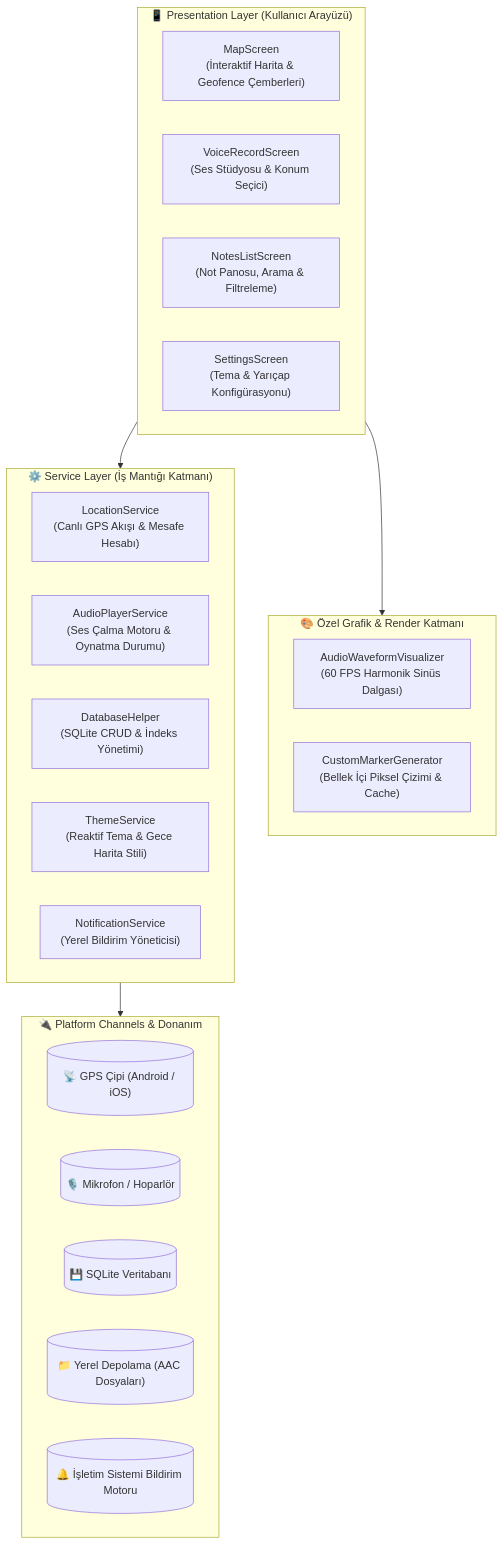
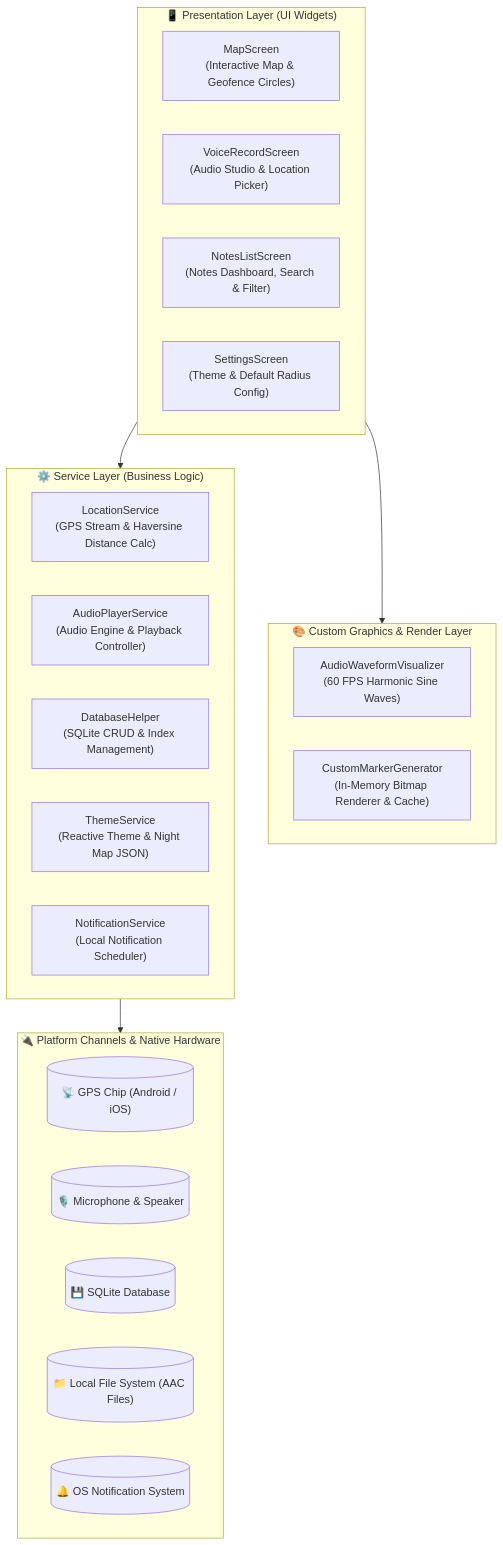
Before and after one commit to emirergn12/VoicePin: the diagram in README.md, drawn with Mermaid. The commit also changed other lines of this file and 1 other file, not shown here.

````diff
--- a/README.md
+++ b/README.md
@@ -63,34 +69,34 @@
 ```mermaid
 flowchart TD
-    subgraph UI ["📱 Presentation Layer (Kullanıcı Arayüzü)"]
-        MapScreen["MapScreen<br/>(İnteraktif Harita & Geofence Çemberleri)"]
-        VoiceRecordScreen["VoiceRecordScreen<br/>(Ses Stüdyosu & Konum Seçici)"]
-        NotesListScreen["NotesListScreen<br/>(Not Panosu, Arama & Filtreleme)"]
-        SettingsScreen["SettingsScreen<br/>(Tema & Yarıçap Konfigürasyonu)"]
+    subgraph UI ["📱 Presentation Layer (UI Widgets)"]
+        MapScreen["MapScreen<br/>(Interactive Map & Geofence Circles)"]
+        VoiceRecordScreen["VoiceRecordScreen<br/>(Audio Studio & Location Picker)"]
+        NotesListScreen["NotesListScreen<br/>(Notes Dashboard, Search & Filter)"]
+        SettingsScreen["SettingsScreen<br/>(Theme & Default Radius Config)"]
     end
 
-    subgraph CustomRender ["🎨 Özel Grafik & Render Katmanı"]
-        Waveform["AudioWaveformVisualizer<br/>(60 FPS Harmonik Sinüs Dalgası)"]
-        CanvasMarker["CustomMarkerGenerator<br/>(Bellek İçi Piksel Çizimi & Cache)"]
+    subgraph CustomRender ["🎨 Custom Graphics & Render Layer"]
+        Waveform["AudioWaveformVisualizer<br/>(60 FPS Harmonic Sine Waves)"]
+        CanvasMarker["CustomMarkerGenerator<br/>(In-Memory Bitmap Renderer & Cache)"]
     end
 
-    subgraph Services ["⚙️ Service Layer (İş Mantığı Katmanı)"]
-        LocationService["LocationService<br/>(Canlı GPS Akışı & Mesafe Hesabı)"]
-        AudioPlayerService["AudioPlayerService<br/>(Ses Çalma Motoru & Oynatma Durumu)"]
-        DatabaseHelper["DatabaseHelper<br/>(SQLite CRUD & İndeks Yönetimi)"]
-        ThemeService["ThemeService<br/>(Reaktif Tema & Gece Harita Stili)"]
-        NotificationService["NotificationService<br/>(Yerel Bildirim Yöneticisi)"]
+    subgraph Services ["⚙️ Service Layer (Business Logic)"]
+        LocationService["LocationService<br/>(GPS Stream & Haversine Distance Calc)"]
+        AudioPlayerService["AudioPlayerService<br/>(Audio Engine & Playback Controller)"]
+        DatabaseHelper["DatabaseHelper<br/>(SQLite CRUD & Index Management)"]
+        ThemeService["ThemeService<br/>(Reactive Theme & Night Map JSON)"]
+        NotificationService["NotificationService<br/>(Local Notification Scheduler)"]
     end
 
-    subgraph NativePlatform ["🔌 Platform Channels & Donanım"]
-        GPS[("📡 GPS Çipi (Android / iOS)")]
-        AudioHW[("🎙️ Mikrofon / Hoparlör")]
-        SQLiteDB[("💾 SQLite Veritabanı")]
-        FileSystem[("📁 Yerel Depolama (AAC Dosyaları)")]
-        OSNotifications[("🔔 İşletim Sistemi Bildirim Motoru")]
+    subgraph NativePlatform ["🔌 Platform Channels & Native Hardware"]
+        GPS[("📡 GPS Chip (Android / iOS)")]
+        AudioHW[("🎙️ Microphone & Speaker")]
+        SQLiteDB[("💾 SQLite Database")]
+        FileSystem[("📁 Local File System (AAC Files)")]
+        OSNotifications[("🔔 OS Notification System")]
     end
 
     UI --> CustomRender
     UI --> Services
     Services --> NativePlatform
 ```
````
